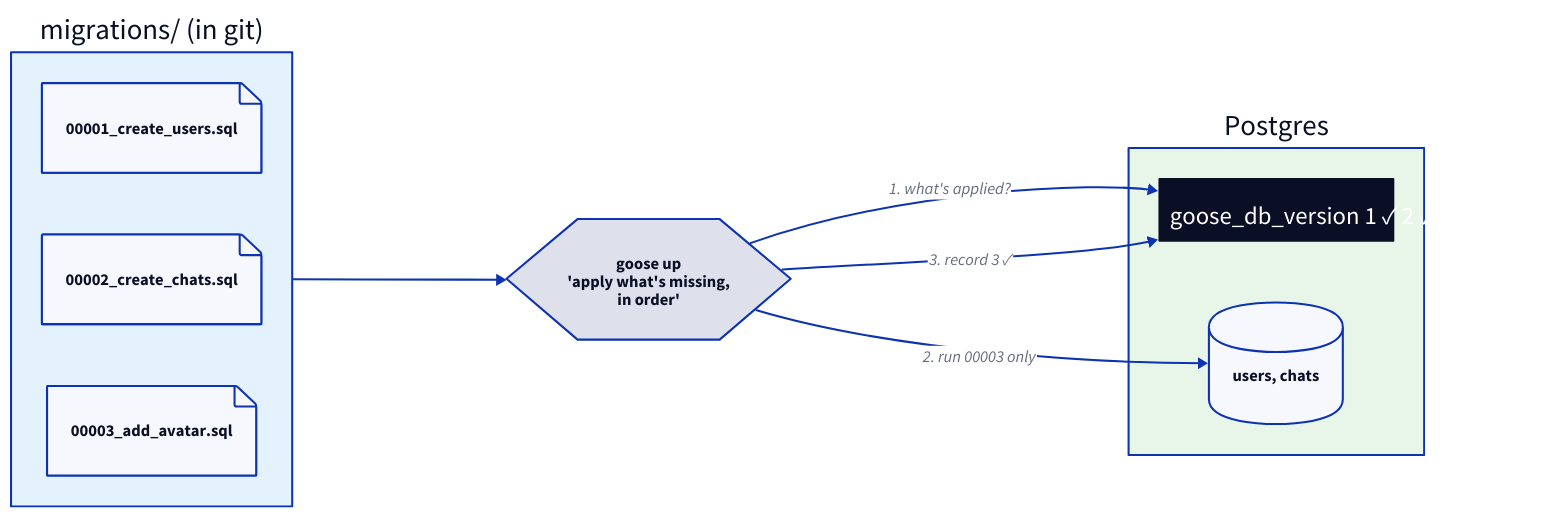
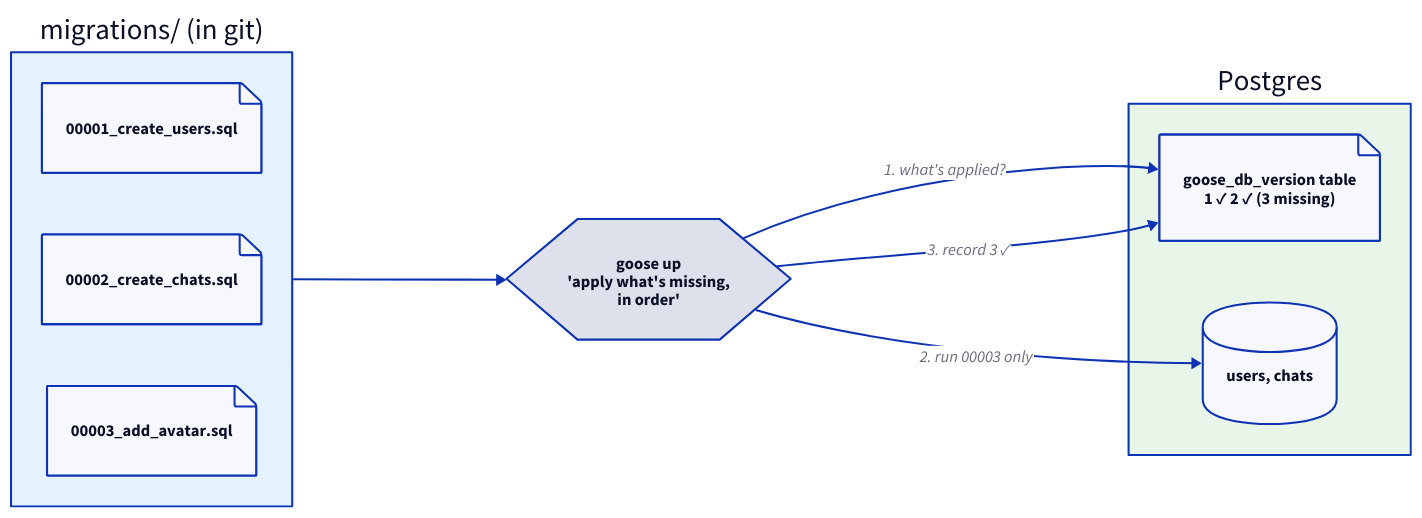
The diagram in knowledge-base/diagrams/notes/09-migrations.d2 (Prathmeshgumal/system), drawn with D2 before and after one commit. The commit also changed 15 other files, not shown here.

```diff
--- a/knowledge-base/diagrams/notes/09-migrations.d2
+++ b/knowledge-base/diagrams/notes/09-migrations.d2
@@ -1,22 +1,22 @@
 # Migrations are git commits for the database structure.
 direction: right
 
 files: "migrations/ (in git)" {
   style.fill: "#e3f2fd"
   m1: "00001_create_users.sql" {shape: page}
   m2: "00002_create_chats.sql" {shape: page}
   m3: "00003_add_avatar.sql" {shape: page}
 }
 
 goose: "goose up\n'apply what's missing,\nin order'" {shape: hexagon}
 
 db: "Postgres" {
   style.fill: "#e8f5e9"
-  version: "goose_db_version\n1 ✓  2 ✓  (3 missing)" {shape: sql_table}
+  version: "goose_db_version table\n1 ✓  2 ✓  (3 missing)" {shape: page}
   tables: "users, chats" {shape: cylinder}
 }
 
 files -> goose
 goose -> db.version: "1. what's applied?"
 goose -> db.tables: "2. run 00003 only"
 goose -> db.version: "3. record 3 ✓"
```
